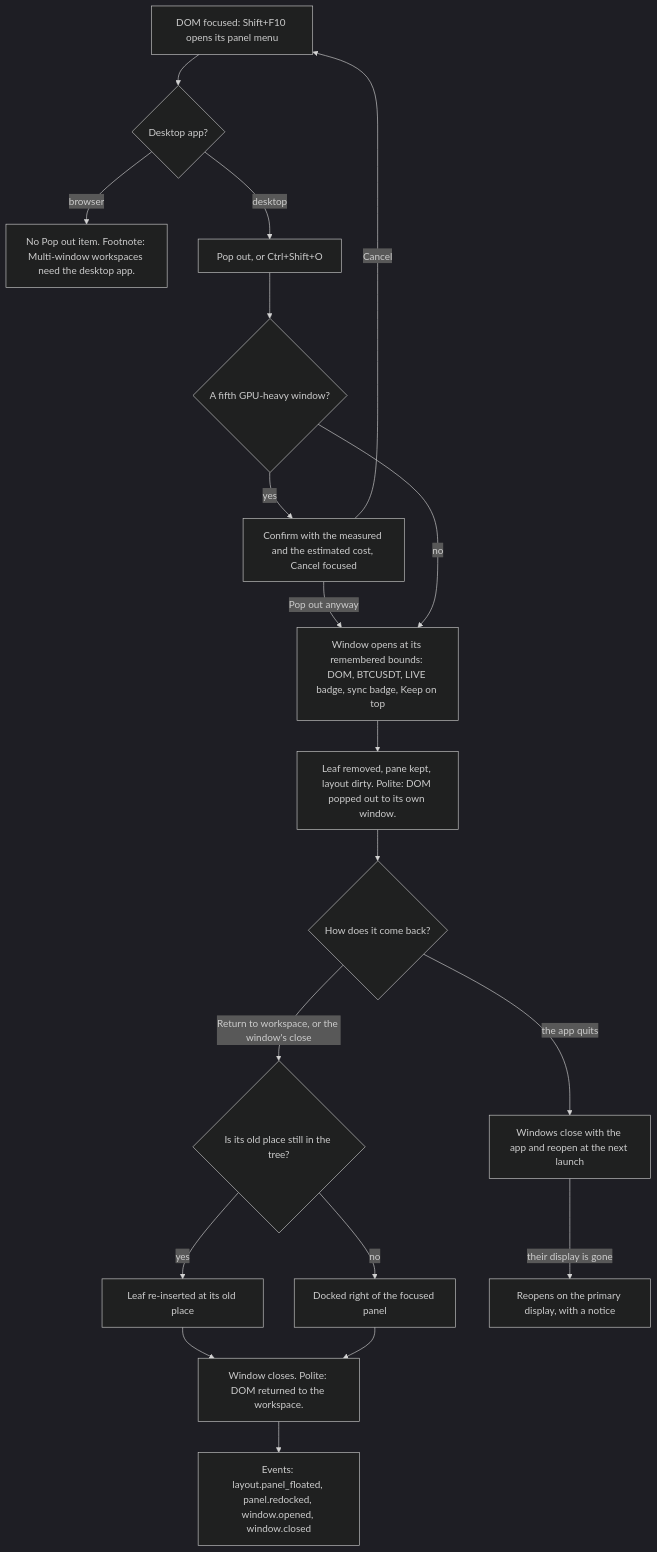
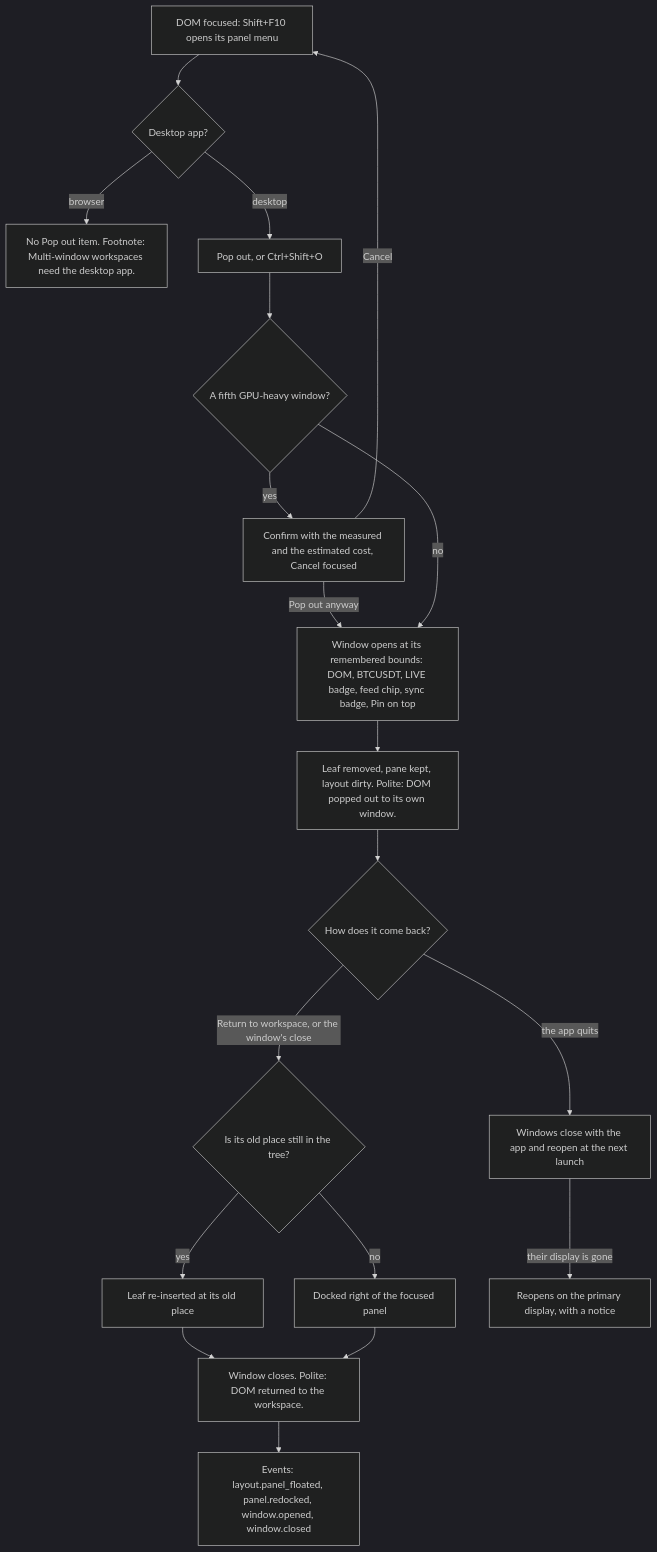
Before and after one commit to CandleViewer/CandleViewer: the fifth of 6 diagrams in docs/design/specs/e15-layout-flows.md, drawn with Mermaid (dark theme). The commit also changed 1 other file, not shown here.

Commit message:
docs(charting-ui): fold the E15-D02 shell review (round 4)
Round 4's claims check (REQUEST_CHANGES at adead326f: 2 Medium, 7 Low). The spec findings are
folded here; the others go into the PR body, the owner checklist and the board plan.

- E10-D02's rework is a fact of main (PR #4163, merged as 58219b87e, in this branch's base
  d2e074f33): the "moves with #4163" hedges and the 48 px TopBar sentence go; the Key cites
  58219b87e beside 0ee20e56a and the re-check at the base; the E10 PNGs are described in
  E10-D02's own words (sections 1.3 and 3).
- The floating window follows E10-D02's SCR-027 title bar: the feed chip (CMP-076) in every
  window and "Pin on top", the label D-4 now leaves to E10-D02 (D-31, section 5.12, F-LAY-5);
  section 1.3 says where AM-1 replaces E10-D02's browser fallback (f21).
- Modals scrim the canvas only: the TopBar (ENV badge, Safety cluster) and the StatusBar's ENV
  repeat are never scrimmed (D-7 and its violates-if; E10-D02 ruling 2).
- The Safety cluster stays on every screen that shows the TopBar (E39-D01 A0, #137 ruling 1);
  f27 and the SCR-150 boot state have none (D-2, section 3).

Refs #248

````diff
--- a/docs/design/specs/e15-layout-flows.md
+++ b/docs/design/specs/e15-layout-flows.md
@@ -105,21 +105,21 @@
 ```mermaid
 flowchart TD
   A5["DOM focused: Shift+F10 opens its panel menu"] --> B5{"Desktop app?"}
   B5 -->|browser| C5["No Pop out item. Footnote: Multi-window workspaces need the desktop app."]
   B5 -->|desktop| D5["Pop out, or Ctrl+Shift+O"]
   D5 --> E5{"A fifth GPU-heavy window?"}
   E5 -->|yes| F5["Confirm with the measured and the estimated cost, Cancel focused"]
   F5 -->|Cancel| A5
   F5 -->|Pop out anyway| G5
-  E5 -->|no| G5["Window opens at its remembered bounds: DOM, BTCUSDT, LIVE badge, sync badge, Keep on top"]
+  E5 -->|no| G5["Window opens at its remembered bounds: DOM, BTCUSDT, LIVE badge, feed chip, sync badge, Pin on top"]
   G5 --> H5["Leaf removed, pane kept, layout dirty. Polite: DOM popped out to its own window."]
   H5 --> I5{"How does it come back?"}
   I5 -->|Return to workspace, or the window's close| J5{"Is its old place still in the tree?"}
   J5 -->|yes| K5["Leaf re-inserted at its old place"]
   J5 -->|no| L5["Docked right of the focused panel"]
   K5 --> M5["Window closes. Polite: DOM returned to the workspace."]
   L5 --> M5
   I5 -->|the app quits| N5["Windows close with the app and reopen at the next launch"]
   N5 -->|their display is gone| O5["Reopens on the primary display, with a notice"]
   M5 --> P5["Events: layout.panel_floated, panel.redocked, window.opened, window.closed"]
 ```
````
